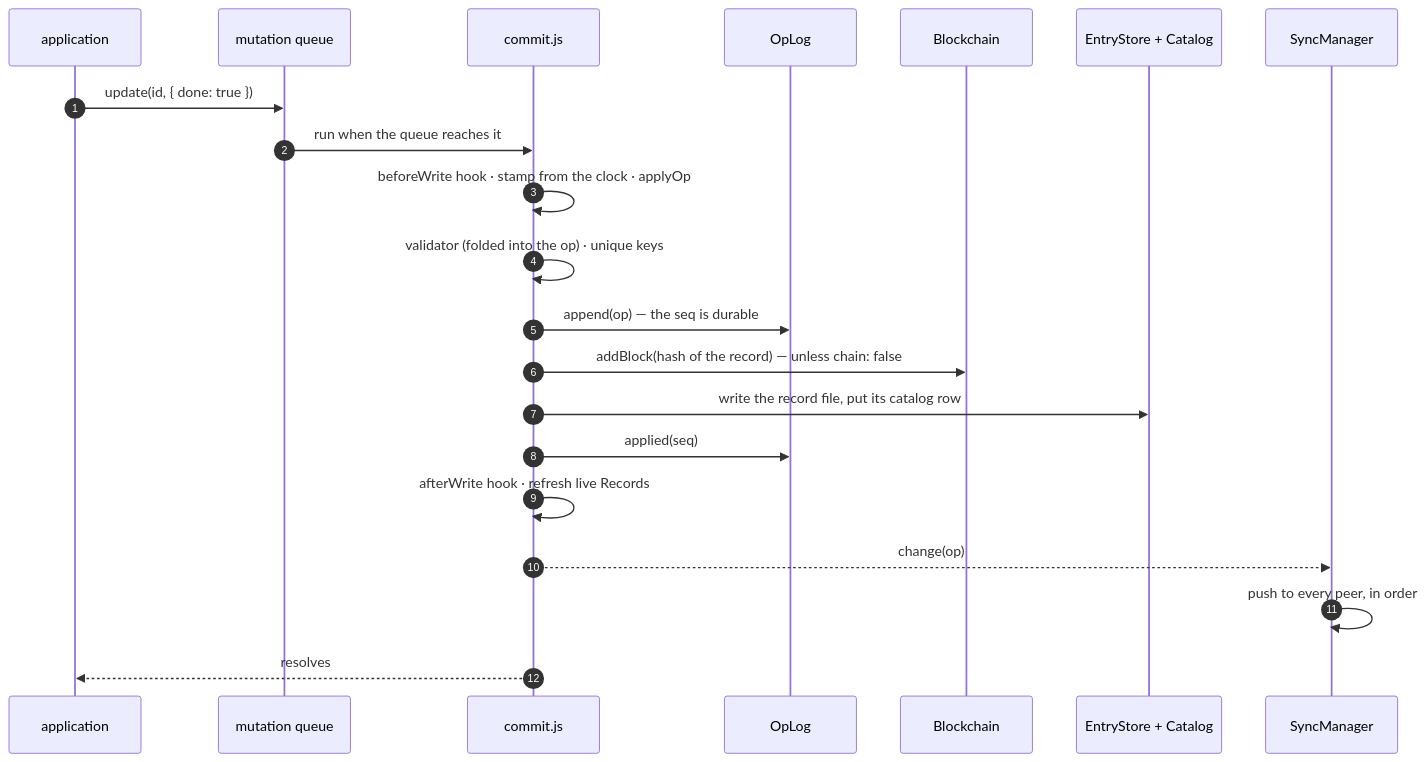
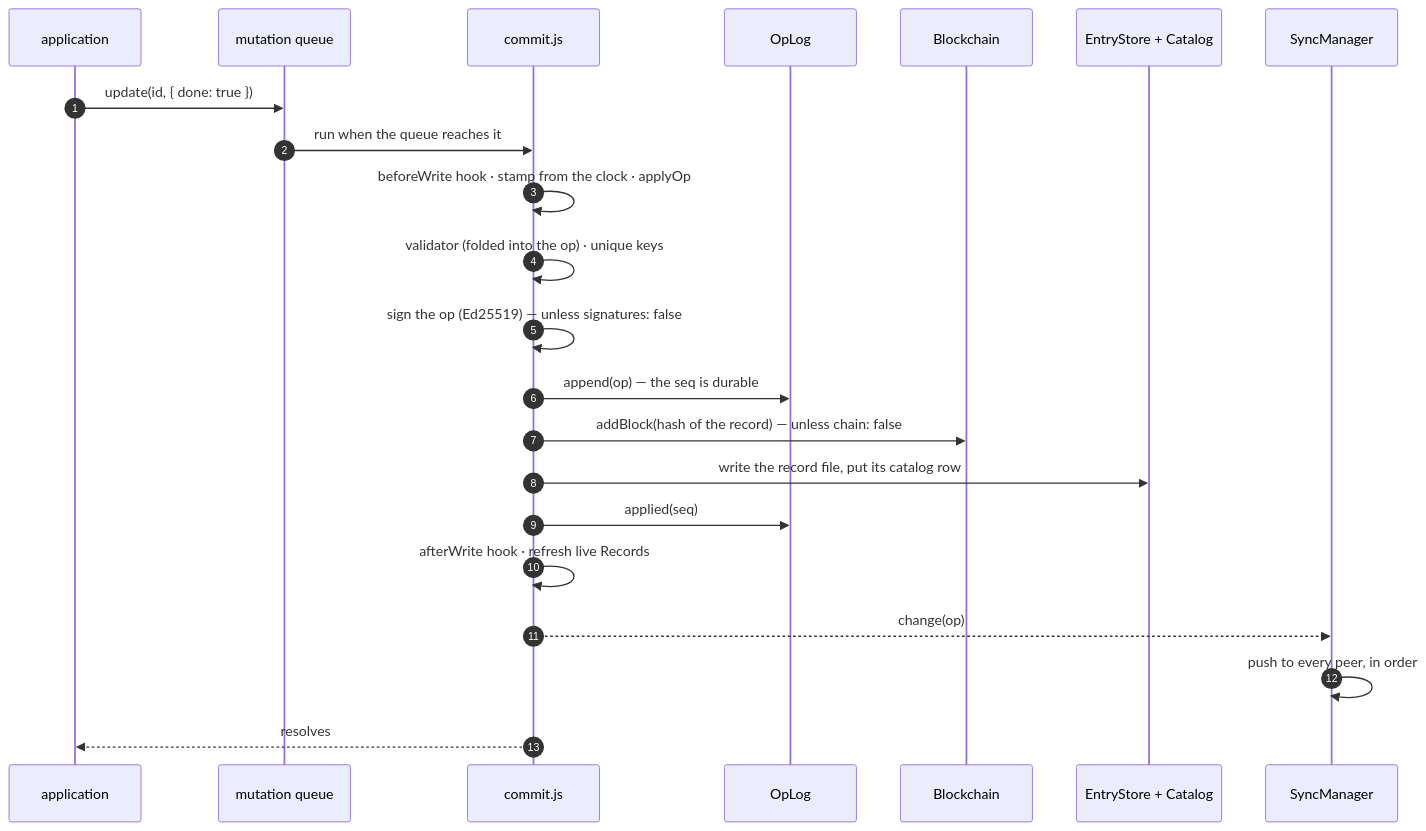
Before and after one commit to Alexis-Technologies/syncom: the second of 3 diagrams in docs/guide/architecture.md, drawn with Mermaid. The commit also changed other lines of this file and 46 other files, not shown here.

````diff
--- a/docs/guide/architecture.md
+++ b/docs/guide/architecture.md
@@ -61,23 +61,24 @@
 ```mermaid
 sequenceDiagram
   autonumber
   participant A as application
   participant Q as mutation queue
   participant C as commit.js
   participant L as OpLog
   participant B as Blockchain
   participant E as EntryStore + Catalog
   participant S as SyncManager
   A->>Q: update(id, { done: true })
   Q->>C: run when the queue reaches it
   C->>C: beforeWrite hook · stamp from the clock · applyOp
   C->>C: validator (folded into the op) · unique keys
+  C->>C: sign the op (Ed25519) — unless signatures: false
   C->>L: append(op) — the seq is durable
   C->>B: addBlock(hash of the record) — unless chain: false
   C->>E: write the record file, put its catalog row
   C->>L: applied(seq)
   C->>C: afterWrite hook · refresh live Records
   C-->>S: change(op)
   S->>S: push to every peer, in order
   C-->>A: resolves
 ```
````
